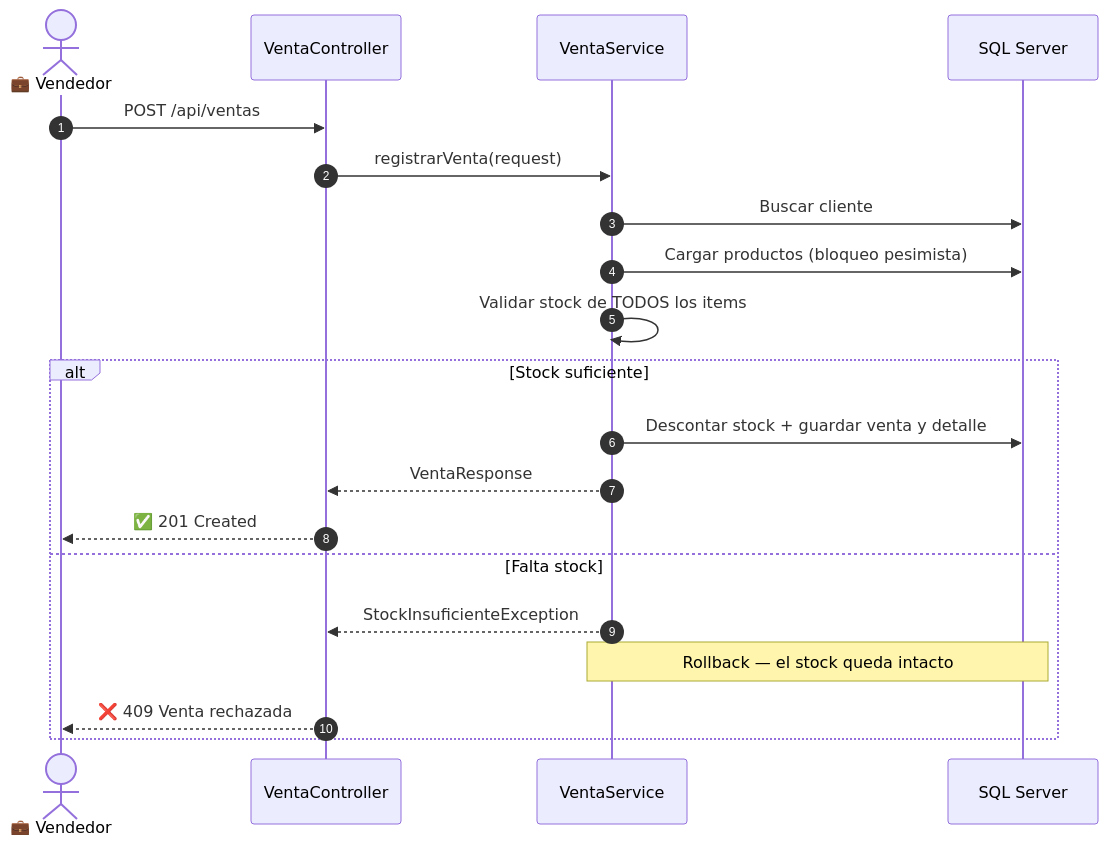
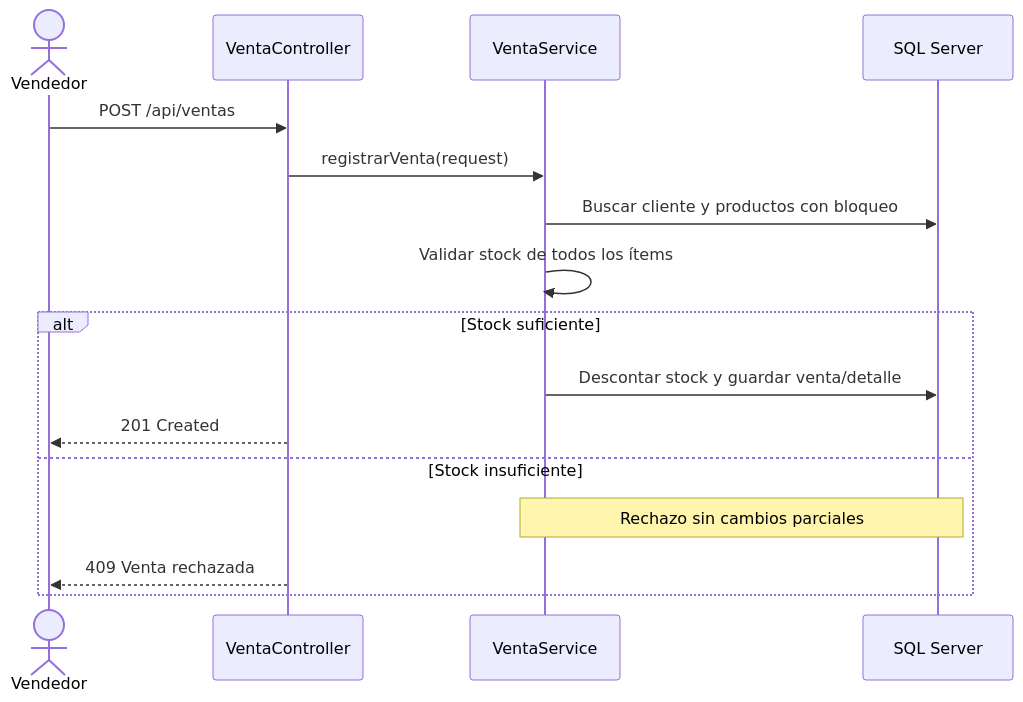
One commit to MichaelLunaDev/ferrestock changed the second of 2 diagrams in README.md. Above: the diagram before and after it, drawn with Mermaid. The commit also changed other lines of this file, not shown here.

````diff
--- a/README.md
+++ b/README.md
@@ -118,23 +263,18 @@
 ```mermaid
 sequenceDiagram
-    autonumber
-    actor V as 💼 Vendedor
+    actor V as Vendedor
     participant API as VentaController
     participant S as VentaService
     participant DB as SQL Server
-
     V->>API: POST /api/ventas
     API->>S: registrarVenta(request)
-    S->>DB: Buscar cliente
-    S->>DB: Cargar productos (bloqueo pesimista)
-    S->>S: Validar stock de TODOS los items
+    S->>DB: Buscar cliente y productos con bloqueo
+    S->>S: Validar stock de todos los ítems
     alt Stock suficiente
-        S->>DB: Descontar stock + guardar venta y detalle
-        S-->>API: VentaResponse
-        API-->>V: ✅ 201 Created
-    else Falta stock
-        S-->>API: StockInsuficienteException
-        Note over S,DB: Rollback — el stock queda intacto
-        API-->>V: ❌ 409 Venta rechazada
+        S->>DB: Descontar stock y guardar venta/detalle
+        API-->>V: 201 Created
+    else Stock insuficiente
+        Note over S,DB: Rechazo sin cambios parciales
+        API-->>V: 409 Venta rechazada
     end
 ```
````
